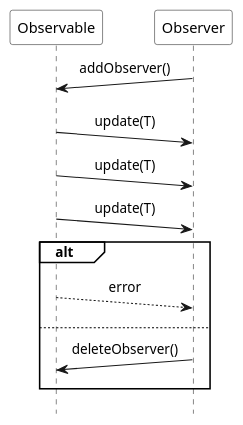
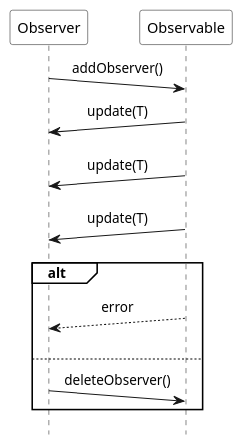
The diagram in images/pattern_Observer.puml (ti-cortex-m4/demo-java-reactive-streams-old), drawn with PlantUML before and after one commit. The commit also changed other lines of this file and 8 other files, not shown here.

```diff
--- a/images/pattern_Observer.puml
+++ b/images/pattern_Observer.puml
@@ -1,31 +1,31 @@
 @startuml
 
 scale 1.0
 hide footbox
 
 !pragma teoz true
 
 skinparam monochrome true
 skinparam defaultFontName Source Sans Pro
 skinparam sequenceMessageAlign center
 skinparam participantBackgroundColor #white
 skinparam noteBackgroundColor #white
 skinparam sequenceGroupBackgroundColor #white
 skinparam participantPadding 20
 
+participant Observer
 participant Observable
-participant Observer
 
 Observer ->(10) Observable : addObserver()
 
 Observable ->(10) Observer : update(T)
 Observable ->(10) Observer : update(T)
 Observable ->(10) Observer : update(T)
 
 alt
     Observable -->(10) Observer : error
 else
     Observer ->(10) Observable : deleteObserver()
 end
 
 @enduml
```
